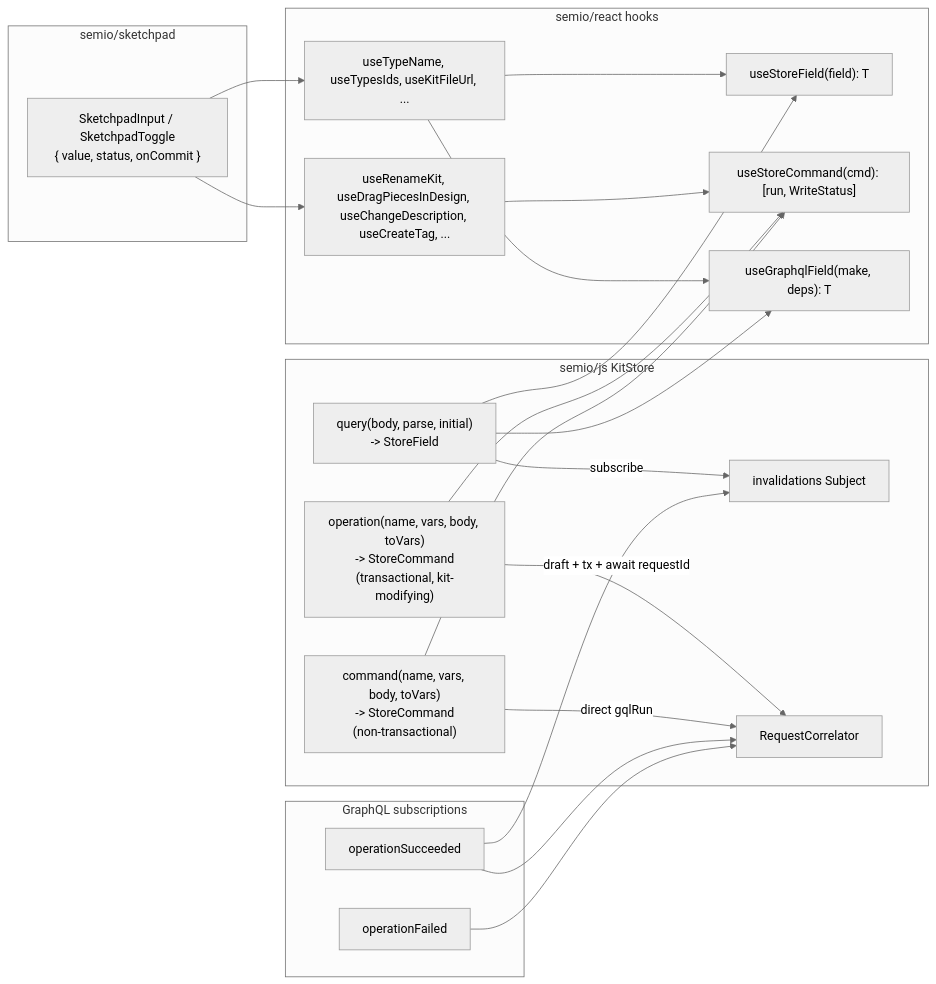
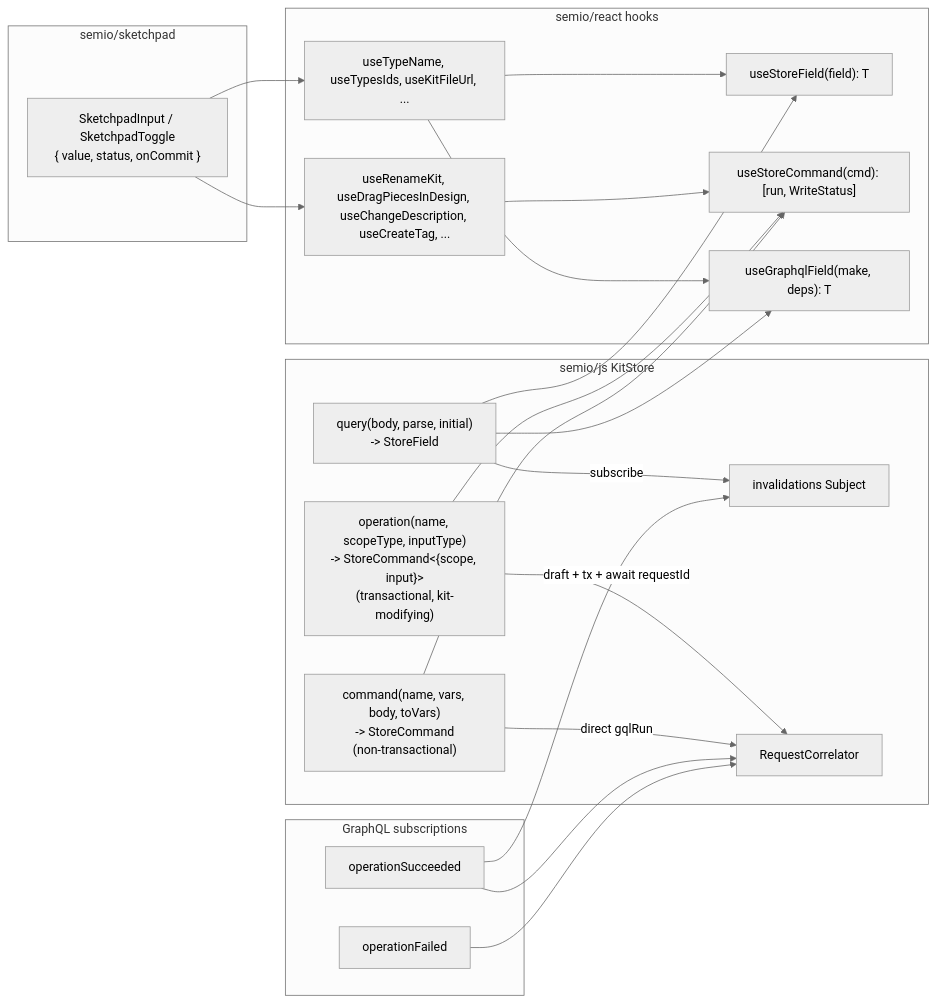
The diagram in .cursor/plans/strict-read-write-hooks_b877f378.plan.md (usalu/semio), drawn with Mermaid (neutral theme) before and after one commit. The commit also changed other lines of this file and 5 other files, not shown here.

````diff
--- a/.cursor/plans/strict-read-write-hooks_b877f378.plan.md
+++ b/.cursor/plans/strict-read-write-hooks_b877f378.plan.md
@@ -37,37 +41,37 @@
 ```mermaid
 graph LR
   subgraph SemioJs["semio/js KitStore"]
     Q["query<T>(body, parse, initial)<br/>-> StoreField<T>"]
-    OP["operation<TArgs>(name, vars, body, toVars)<br/>-> StoreCommand<TArgs><br/>(transactional, kit-modifying)"]
+    OP["operation<TScope, TInput>(name, scopeType, inputType)<br/>-> StoreCommand<{scope, input}><br/>(transactional, kit-modifying)"]
     CMD["command<TArgs>(name, vars, body, toVars)<br/>-> StoreCommand<TArgs><br/>(non-transactional)"]
     INVS["invalidations Subject<void>"]
     CORR["RequestCorrelator"]
     Q -- subscribe --> INVS
     OP -- draft + tx + await requestId --> CORR
     CMD -- direct gqlRun --> CORR
   end
   subgraph Sub["GraphQL subscriptions"]
     OS["operationSucceeded"] --> CORR
     OS --> INVS
     OF["operationFailed"] --> CORR
   end
   subgraph SemioReact["semio/react hooks"]
     USF["useStoreField(field): T"]
     USC["useStoreCommand(cmd): [run, WriteStatus]"]
     UGF["useGraphqlField(make, deps): T"]
     R["useTypeName, useTypesIds, useKitFileUrl, ..."]
     W["useRenameKit, useDragPiecesInDesign, useChangeDescription, useCreateTag, ..."]
     R --> USF
     R --> UGF
     W --> USC
   end
   Q --> USF
   Q --> UGF
   OP --> USC
   CMD --> USC
   subgraph Sketchpad["semio/sketchpad"]
     Bind["SketchpadInput / SketchpadToggle<br/>{ value, status, onCommit }"]
     Bind --> R
     Bind --> W
   end
 ```
````
